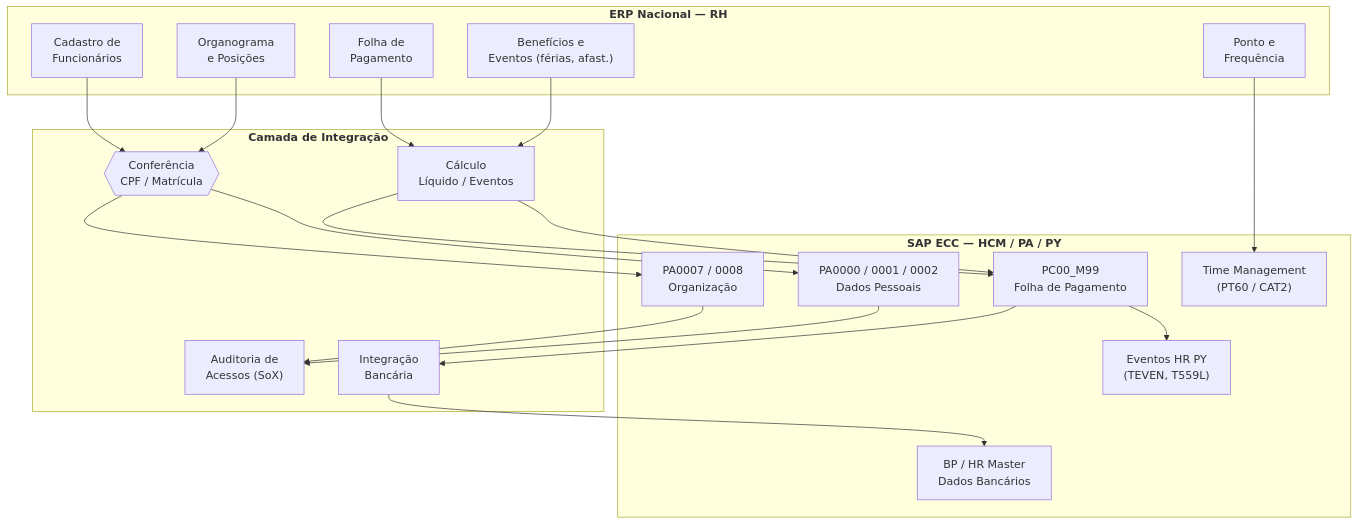
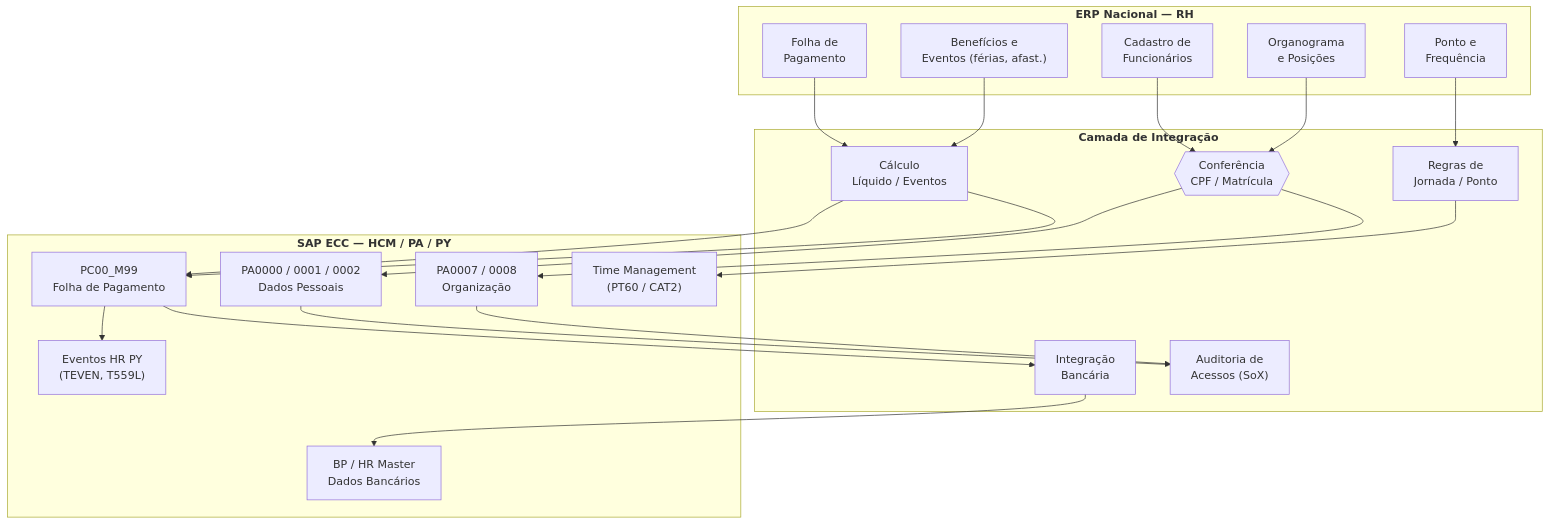
Before and after one commit to rbutzke/Case-Arquitetura-Integracao-SAP-x-ERP-On-Premise: the fifth of 6 diagrams in README.md, drawn with Mermaid. The commit also changed other lines of this file, not shown here.

````diff
--- a/README.md
+++ b/README.md
@@ -258,35 +258,36 @@
 ```mermaid
 flowchart TB
   subgraph ORI["<b>ERP Nacional — RH</b>"]
     A1["Cadastro de<br/>Funcionários"]
     A2["Organograma<br/>e Posições"]
     A3["Folha de<br/>Pagamento"]
     A4["Benefícios e<br/>Eventos (férias, afast.)"]
     A5["Ponto e<br/>Frequência"]
   end
 
   subgraph MID["<b>Camada de Integração</b>"]
     B1{{"Conferência<br/>CPF / Matrícula"}}
     B2["Cálculo<br/>Líquido / Eventos"]
     B3["Integração<br/>Bancária"]
     B4["Auditoria de<br/>Acessos (SoX)"]
+    B5["Regras de<br/>Jornada / Ponto"]
   end
 
   subgraph DST["<b>SAP ECC — HCM / PA / PY</b>"]
     C1["PA0000 / 0001 / 0002<br/>Dados Pessoais"]
     C2["PA0007 / 0008<br/>Organização"]
     C3["PC00_M99<br/>Folha de Pagamento"]
     C4["Eventos HR PY<br/>(TEVEN, T559L)"]
     C5["Time Management<br/>(PT60 / CAT2)"]
     C6["BP / HR Master<br/>Dados Bancários"]
   end
 
   A1 --> B1 --> C1
   A2 --> B1 --> C2
   A3 --> B2 --> C3 --> C4
   A4 --> B2 --> C3
-  A5 --> C5
-  C3 --> B3 --> C6
-  C1 --> B4
-  C2 --> B4
+A5 --> B5 --> C5
+C3 --> B3 --> C6
+C1 --> B4
+C2 --> B4
 ```
````
